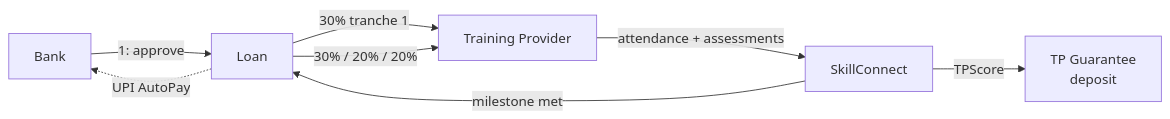
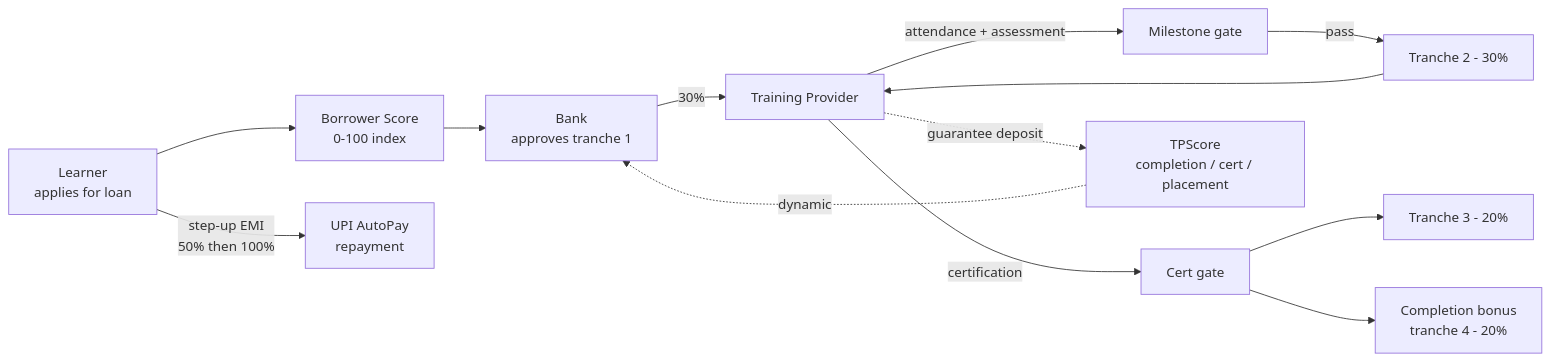
The diagram in README.md (pbathuri/skillconnect-jk), drawn with Mermaid before and after one commit. The commit also changed other lines of this file and 9 other files, not shown here.

Commit message:
docs: full README + submission packet (PRD, architecture, risk, security, UX, ops)

````diff
--- a/README.md
+++ b/README.md
@@ -81,10 +32,15 @@
 ```mermaid
 flowchart LR
-    B[Bank] -->|1: approve| L[Loan]
-    L -->|30% tranche 1| T[Training Provider]
-    T -->|attendance + assessments| S[SkillConnect]
-    S -->|milestone met| L
-    L -->|30% / 20% / 20%| T
-    L -.->|UPI AutoPay| B
-    S -->|TPScore| G[TP Guarantee<br/>deposit]
+    L[Learner<br/>applies for loan] --> BS[Borrower Score<br/>0-100 index]
+    BS --> B[Bank<br/>approves tranche 1]
+    B -->|30%| TP[Training Provider]
+    TP -->|attendance + assessment| MS[Milestone gate]
+    MS -->|pass| B2[Tranche 2 - 30%]
+    B2 --> TP
+    TP -->|certification| MS2[Cert gate]
+    MS2 --> B3[Tranche 3 - 20%]
+    MS2 --> CB[Completion bonus<br/>tranche 4 - 20%]
+    L -->|step-up EMI<br/>50% then 100%| R[UPI AutoPay<br/>repayment]
+    TP -.guarantee deposit.-> TPS[TPScore<br/>completion / cert / placement]
+    TPS -.dynamic.-> B
 ```
````
